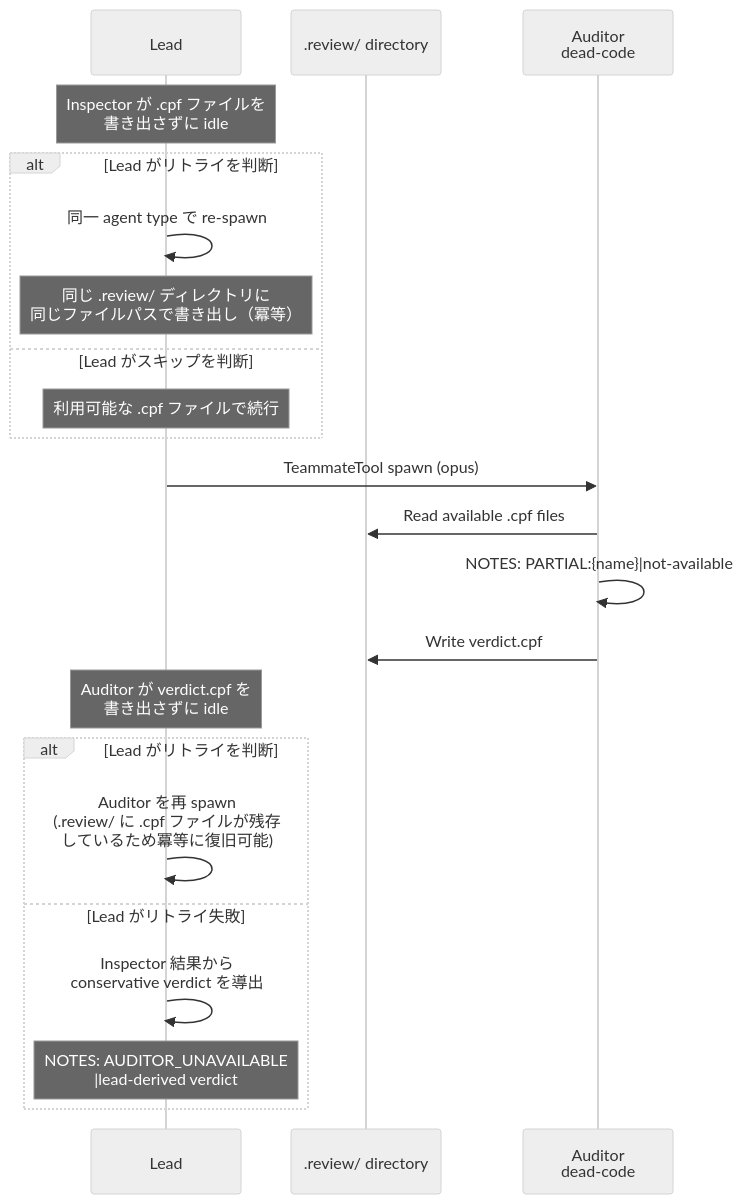
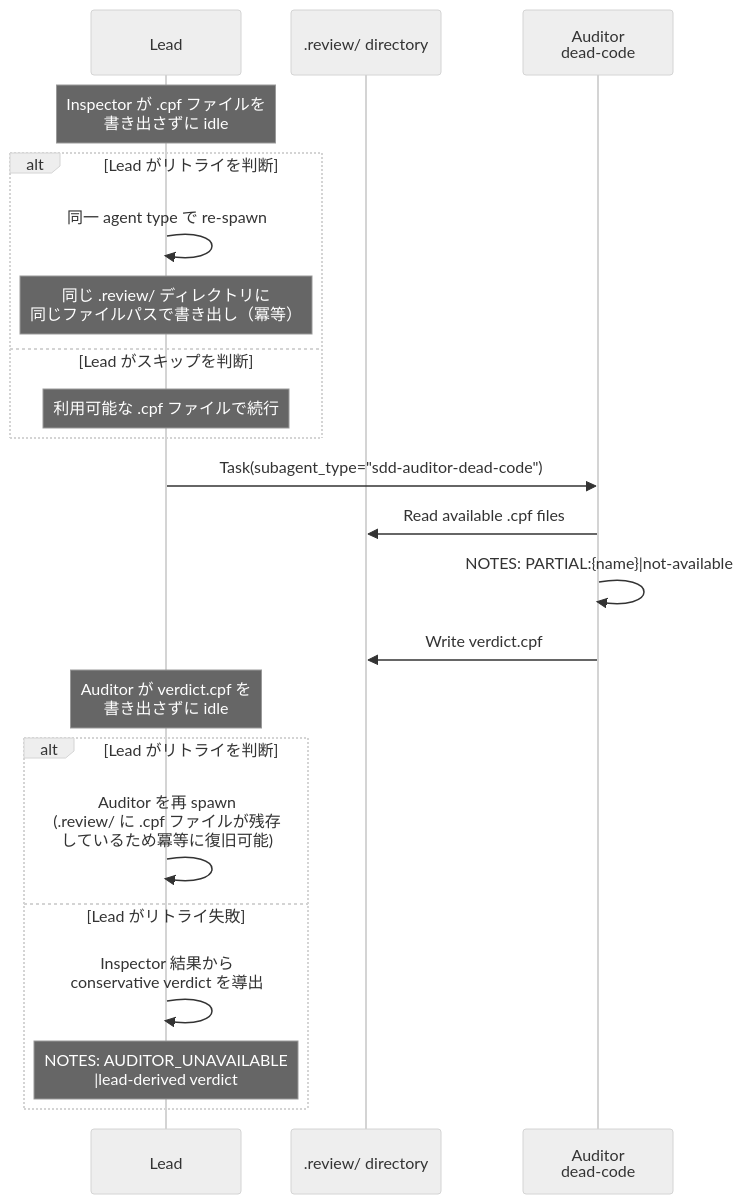
Before and after one commit to sync-dev-org/sync-sdd: the second of 2 diagrams in .claude/sdd/project/specs/dead-code-review/design.md, drawn with Mermaid (neutral theme). The commit also changed other lines of this file and 45 other files, not shown here.

First line of the commit message:
Migrate from Agent Teams to SubAgent architecture

````diff
--- a/.claude/sdd/project/specs/dead-code-review/design.md
+++ b/.claude/sdd/project/specs/dead-code-review/design.md
@@ -352,29 +350,29 @@
 ```mermaid
 sequenceDiagram
     participant Lead
     participant RD as .review/ directory
     participant Auditor as Auditor<br/>dead-code
 
     Note over Lead: Inspector が .cpf ファイルを<br/>書き出さずに idle
 
     alt Lead がリトライを判断
         Lead->>Lead: 同一 agent type で re-spawn
         Note over Lead: 同じ .review/ ディレクトリに<br/>同じファイルパスで書き出し（冪等）
     else Lead がスキップを判断
         Note over Lead: 利用可能な .cpf ファイルで続行
     end
 
-    Lead->>Auditor: TeammateTool spawn (opus)
+    Lead->>Auditor: Task(subagent_type="sdd-auditor-dead-code")
     Auditor->>RD: Read available .cpf files
     Auditor->>Auditor: NOTES: PARTIAL:{name}|not-available
     Auditor->>RD: Write verdict.cpf
 
     Note over Lead: Auditor が verdict.cpf を<br/>書き出さずに idle
 
     alt Lead がリトライを判断
         Lead->>Lead: Auditor を再 spawn<br/>(.review/ に .cpf ファイルが残存<br/>しているため冪等に復旧可能)
     else Lead がリトライ失敗
         Lead->>Lead: Inspector 結果から<br/>conservative verdict を導出
         Note over Lead: NOTES: AUDITOR_UNAVAILABLE<br/>|lead-derived verdict
     end
 ```
````
